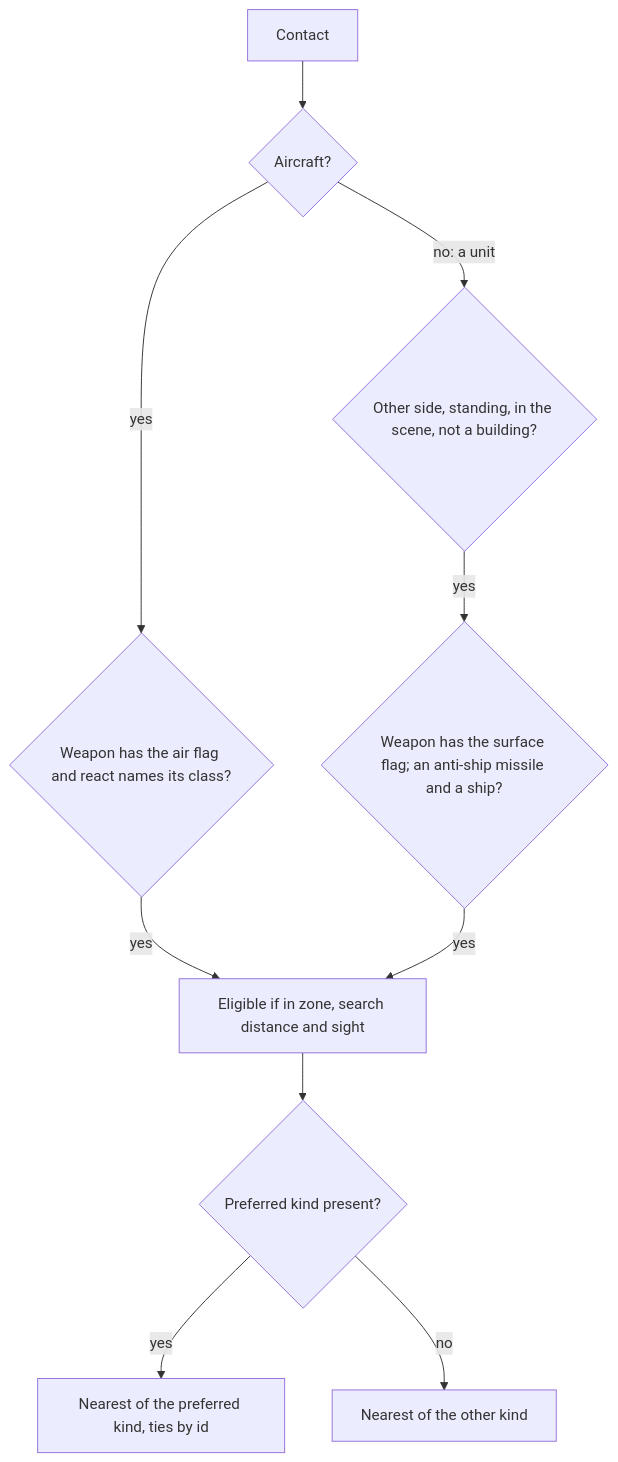
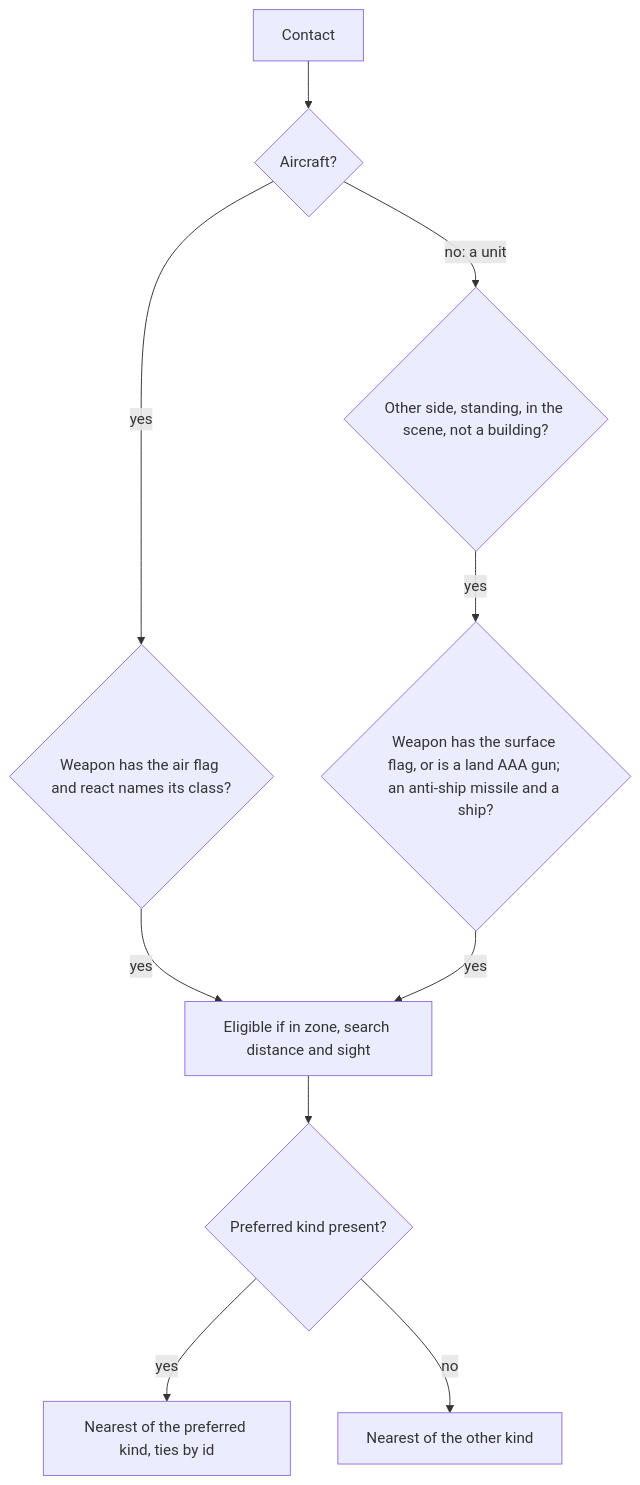
One commit to john-overton/T.O.R.E-Fighters changed the fifth of 8 diagrams in docs/spec/surface-defenses.md. Above: the diagram before and after it, drawn with Mermaid. The commit also changed other lines of this file and 6 other files, not shown here.

First line of the commit message:
Document the front line and gun AAA firing at the ground

````diff
--- a/docs/spec/surface-defenses.md
+++ b/docs/spec/surface-defenses.md
@@ -1065,12 +1163,12 @@
 ```mermaid
 flowchart TD
     C[Contact] --> A{Aircraft?}
     A -->|yes| R{Weapon has the air flag and react names its class?}
     A -->|no: a unit| S{Other side, standing, in the scene, not a building?}
-    S -->|yes| F{Weapon has the surface flag; an anti-ship missile and a ship?}
+    S -->|yes| F{Weapon has the surface flag, or is a land AAA gun; an anti-ship missile and a ship?}
     R -->|yes| E[Eligible if in zone, search distance and sight]
     F -->|yes| E
     E --> P{Preferred kind present?}
     P -->|yes| N[Nearest of the preferred kind, ties by id]
     P -->|no| M[Nearest of the other kind]
 ```
````
